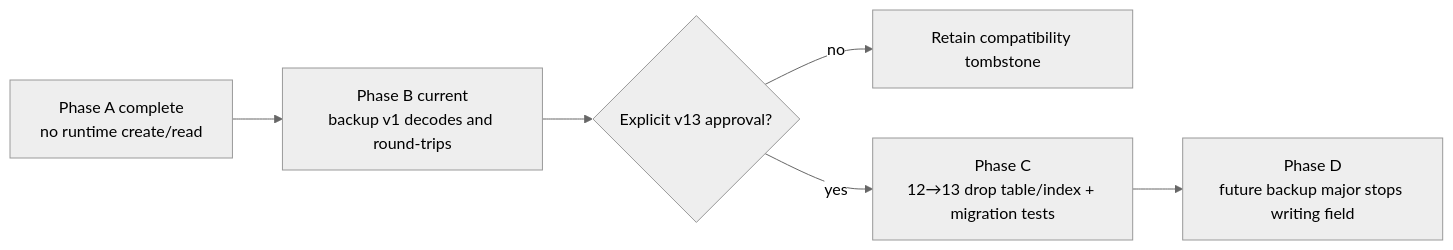
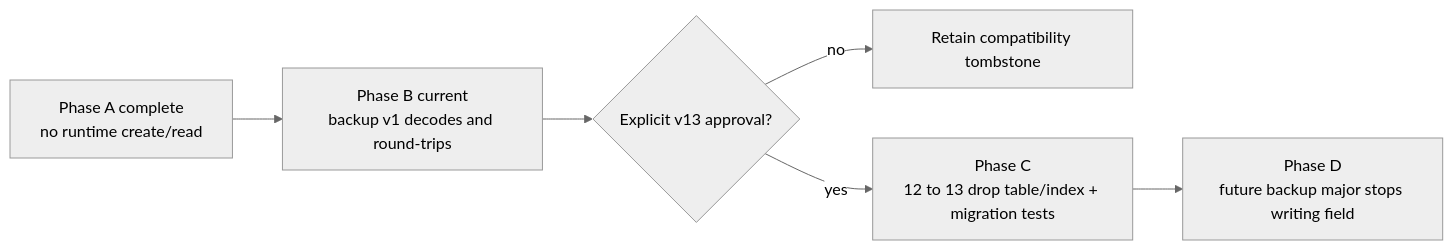
The second of 2 diagrams in docs/audits/automation-ci-report.md (xinye1017/yanji), drawn with Mermaid (neutral theme) before and after one commit. The commit also changed other lines of this file and 1 other file, not shown here.

````diff
--- a/docs/audits/automation-ci-report.md
+++ b/docs/audits/automation-ci-report.md
@@ -52,8 +74,8 @@
 ```mermaid
 flowchart LR
   A[Phase A complete<br/>no runtime create/read] --> B[Phase B current<br/>backup v1 decodes and round-trips]
   B --> C{Explicit v13 approval?}
   C -- no --> T[Retain compatibility tombstone]
-  C -- yes --> M[Phase C<br/>12→13 drop table/index + migration tests]
+  C -- yes --> M[Phase C<br/>12 to 13 drop table/index + migration tests]
   M --> D[Phase D<br/>future backup major stops writing field]
 ```
````
